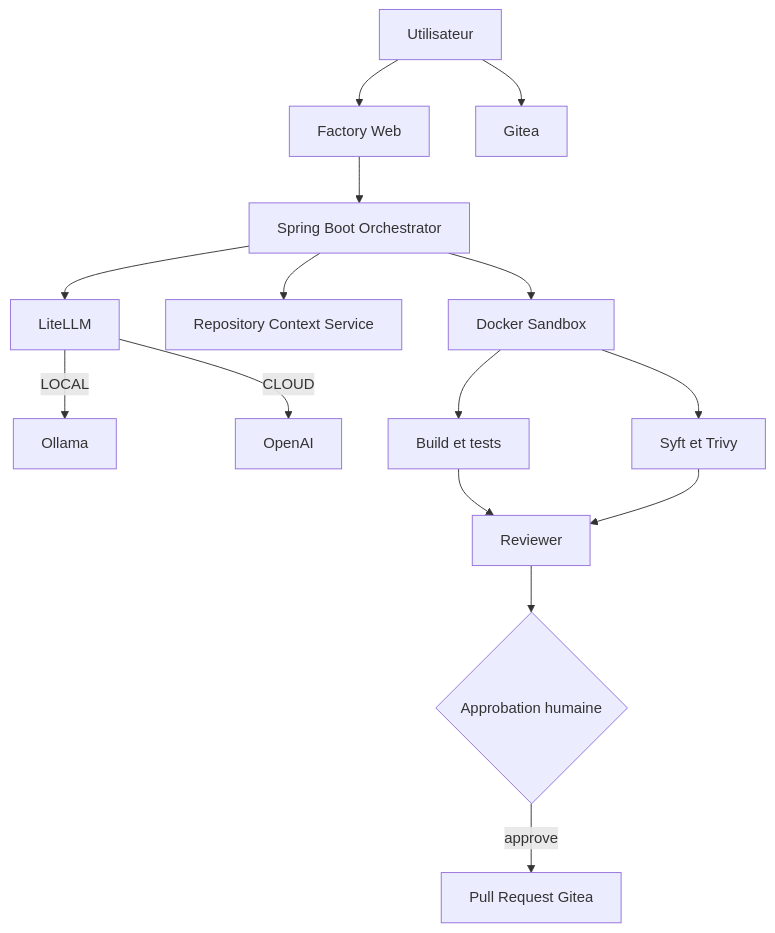
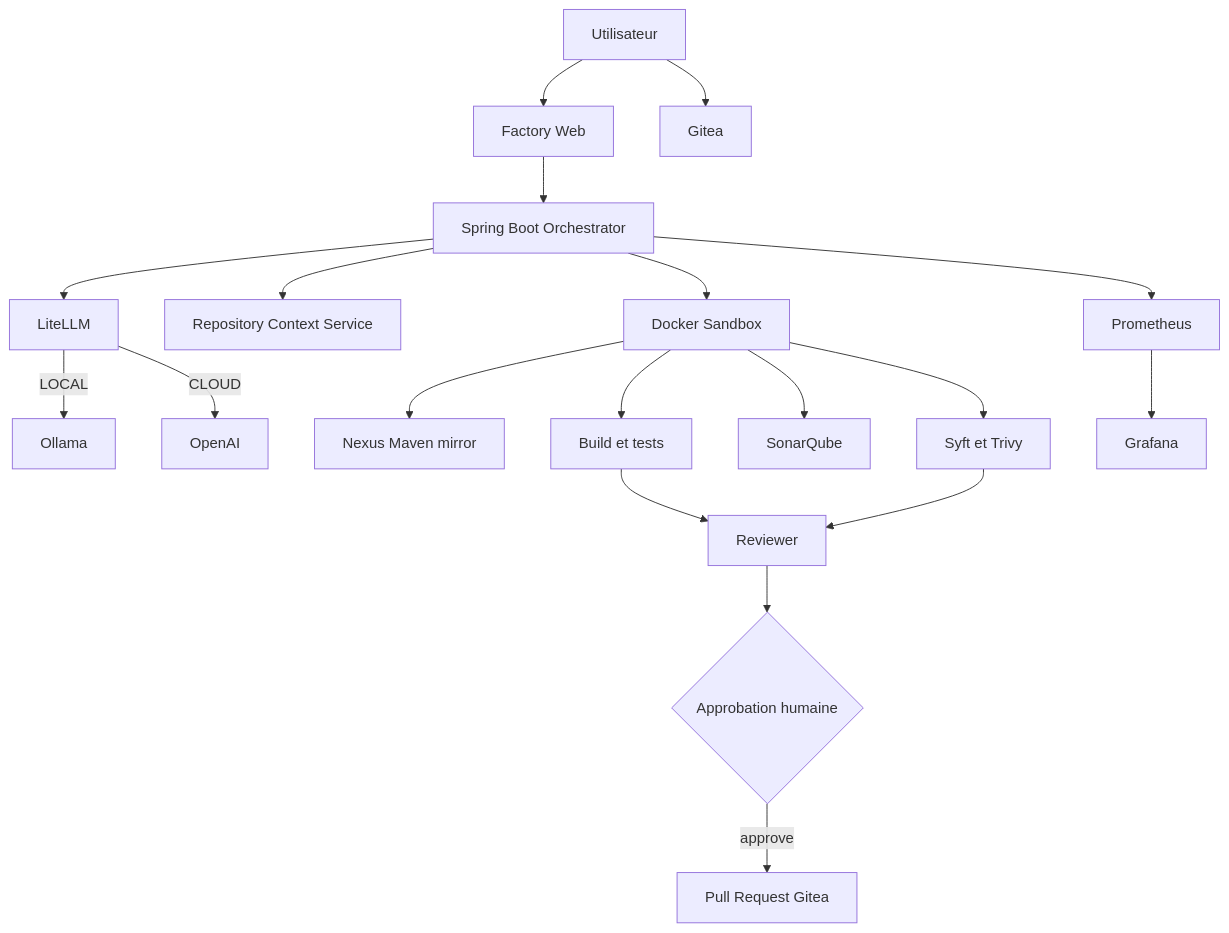
One commit to dbeaumont/ai-software-factory-local changed the first of 2 diagrams in docs/AI_SOFTWARE_FACTORY_LOCAL.md. Above: the diagram before and after it, drawn with Mermaid. The commit also changed other lines of this file and 23 other files, not shown here.

````diff
--- a/docs/AI_SOFTWARE_FACTORY_LOCAL.md
+++ b/docs/AI_SOFTWARE_FACTORY_LOCAL.md
@@ -33,17 +33,21 @@
 ```mermaid
 flowchart TB
     USER[Utilisateur] --> WEB[Factory Web]
     USER --> GIT[Gitea]
     WEB --> ORCH[Spring Boot Orchestrator]
     ORCH --> LLM[LiteLLM]
     LLM -->|LOCAL| OLLAMA[Ollama]
     LLM -->|CLOUD| OPENAI[OpenAI]
     ORCH --> CTX[Repository Context Service]
     ORCH --> SB[Docker Sandbox]
+    SB --> NEXUS[Nexus Maven mirror]
     SB --> BUILD[Build et tests]
+    SB --> SONAR[SonarQube]
     SB --> SEC[Syft et Trivy]
+    ORCH --> PROM[Prometheus]
+    PROM --> GRAF[Grafana]
     BUILD --> REVIEW[Reviewer]
     SEC --> REVIEW
     REVIEW --> HUMAN{Approbation humaine}
     HUMAN -->|approve| PR[Pull Request Gitea]
 ```
````
